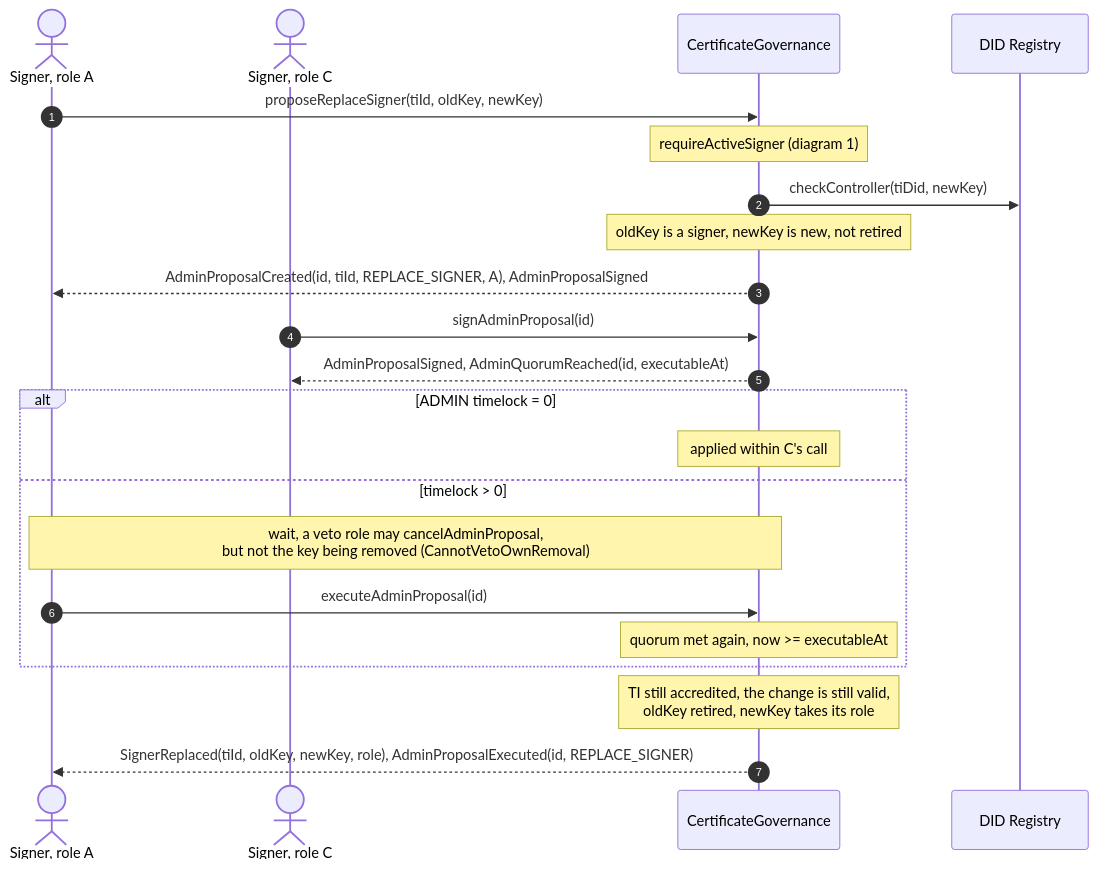
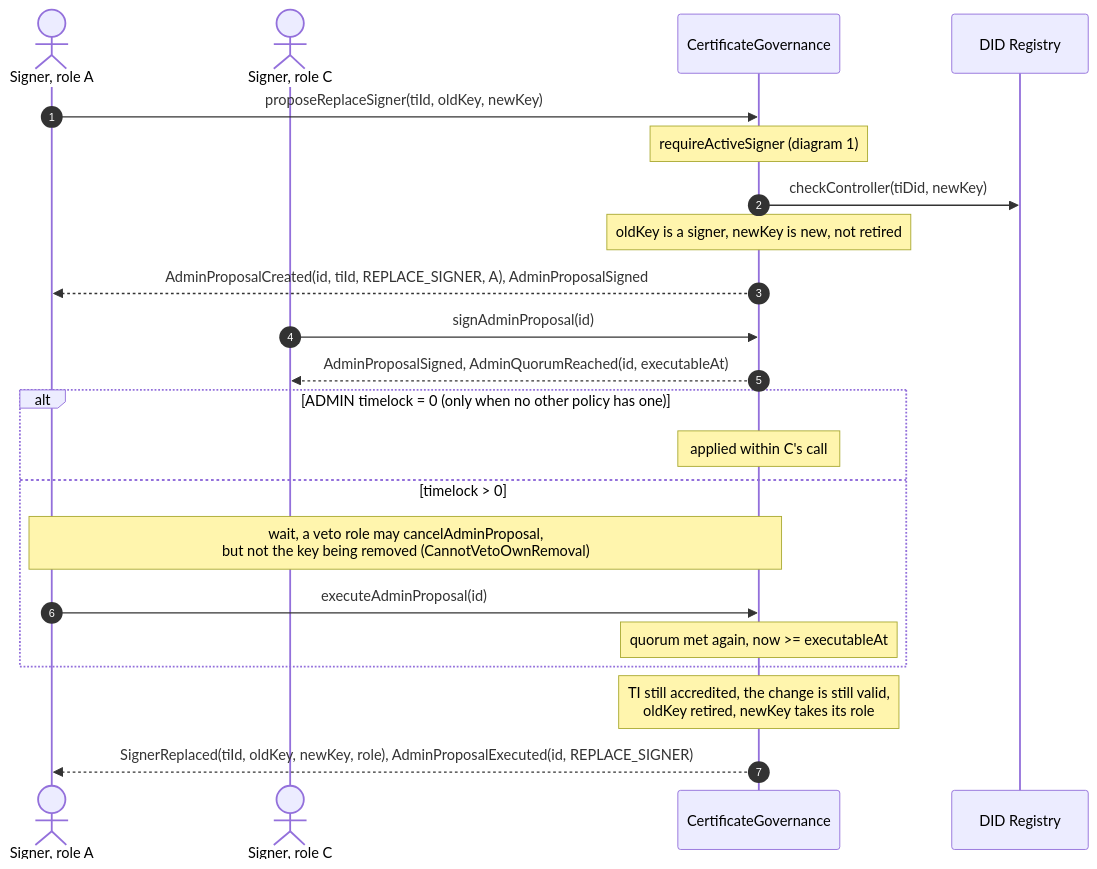
Before and after one commit to fiit-ba/ebsi-licences-for-cybersecurity-managers: the seventh of 9 diagrams in contracts/docs/sequence-diagrams.md, drawn with Mermaid. The commit also changed 20 other files, not shown here.

````diff
--- a/contracts/docs/sequence-diagrams.md
+++ b/contracts/docs/sequence-diagrams.md
@@ -243,27 +243,27 @@
 ```mermaid
 sequenceDiagram
     autonumber
     actor A as Signer, role A
     actor C as Signer, role C
     participant G as CertificateGovernance
     participant D as DID Registry
 
     A->>G: proposeReplaceSigner(tiId, oldKey, newKey)
     Note over G: requireActiveSigner (diagram 1)
     G->>D: checkController(tiDid, newKey)
     Note over G: oldKey is a signer, newKey is new, not retired
     G-->>A: AdminProposalCreated(id, tiId, REPLACE_SIGNER, A), AdminProposalSigned
 
     C->>G: signAdminProposal(id)
     G-->>C: AdminProposalSigned, AdminQuorumReached(id, executableAt)
 
-    alt ADMIN timelock = 0
+    alt ADMIN timelock = 0 (only when no other policy has one)
         Note over G: applied within C's call
     else timelock > 0
         Note over A,G: wait, a veto role may cancelAdminProposal,<br/>but not the key being removed (CannotVetoOwnRemoval)
         A->>G: executeAdminProposal(id)
         Note over G: quorum met again, now >= executableAt
     end
     Note over G: TI still accredited, the change is still valid,<br/>oldKey retired, newKey takes its role
     G-->>A: SignerReplaced(tiId, oldKey, newKey, role), AdminProposalExecuted(id, REPLACE_SIGNER)
 ```
````
